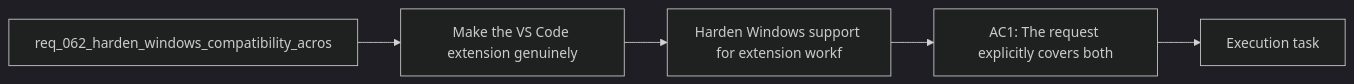
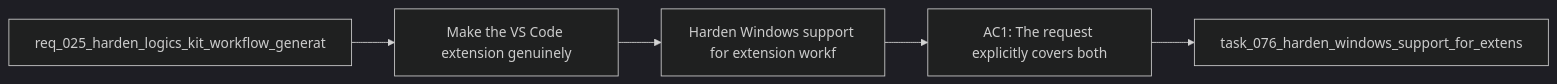
One commit to AlexAgo83/logics-manager changed the diagram in logics/backlog/item_074_harden_windows_support_for_extension_workflow_actions_and_runtime_detection.md. Above: the diagram before and after it, drawn with Mermaid (dark theme). The commit also changed 481 other files, not shown here.

Commit message:
Normalize Logics docs and workflow indicators

````diff
--- a/logics/backlog/item_074_harden_windows_support_for_extension_workflow_actions_and_runtime_detection.md
+++ b/logics/backlog/item_074_harden_windows_support_for_extension_workflow_actions_and_runtime_detection.md
@@ -24,9 +24,9 @@
 ```mermaid
 %% logics-kind: backlog
 %% logics-signature: backlog|harden-windows-support-for-extension-wor|req-025-harden-logics-kit-workflow-gener|make-the-vs-code-extension-genuinely|ac1-the-request-explicitly-covers-both
 flowchart LR
-    Request[req_062_harden_windows_compatibility_acros] --> Problem[Make the VS Code extension genuinely]
+    Request[req_025_harden_logics_kit_workflow_generat] --> Problem[Make the VS Code extension genuinely]
     Problem --> Scope[Harden Windows support for extension workf]
     Scope --> Acceptance[AC1: The request explicitly covers both]
-    Acceptance --> Tasks[Execution task]
+    Acceptance --> Tasks[task_076_harden_windows_support_for_extens]
 ```
````
